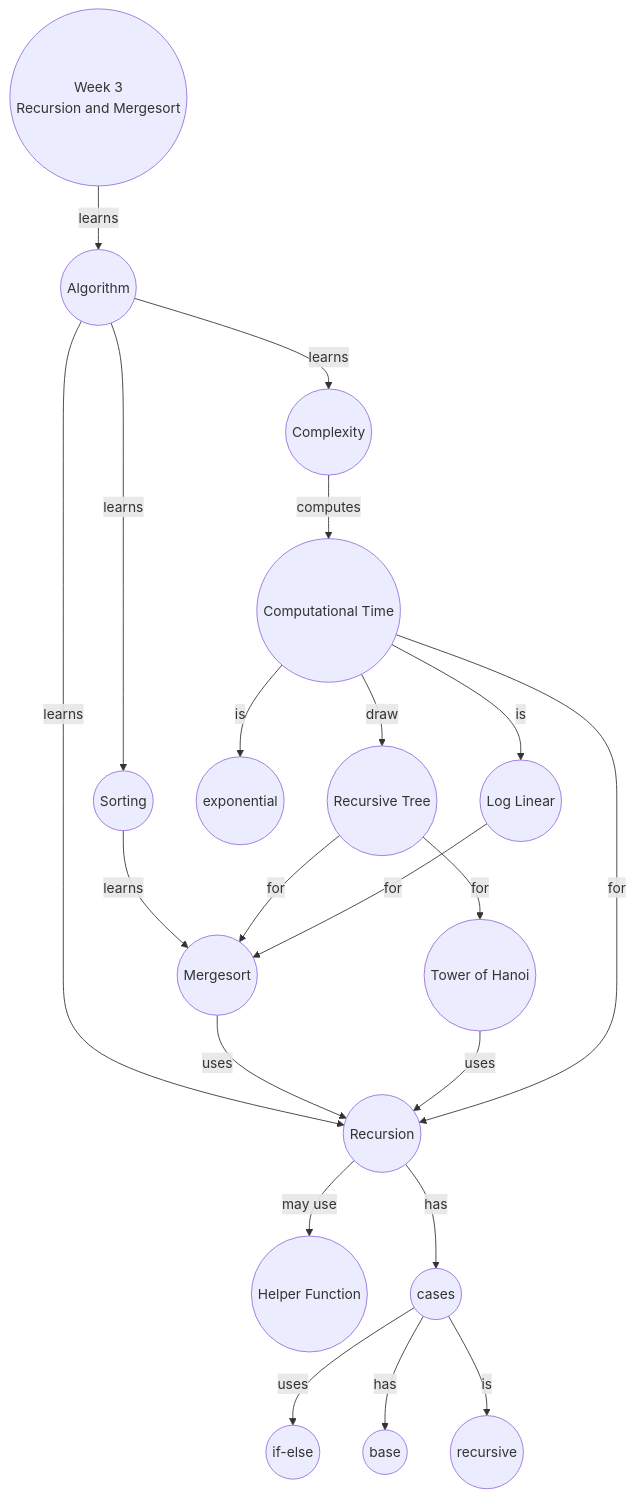
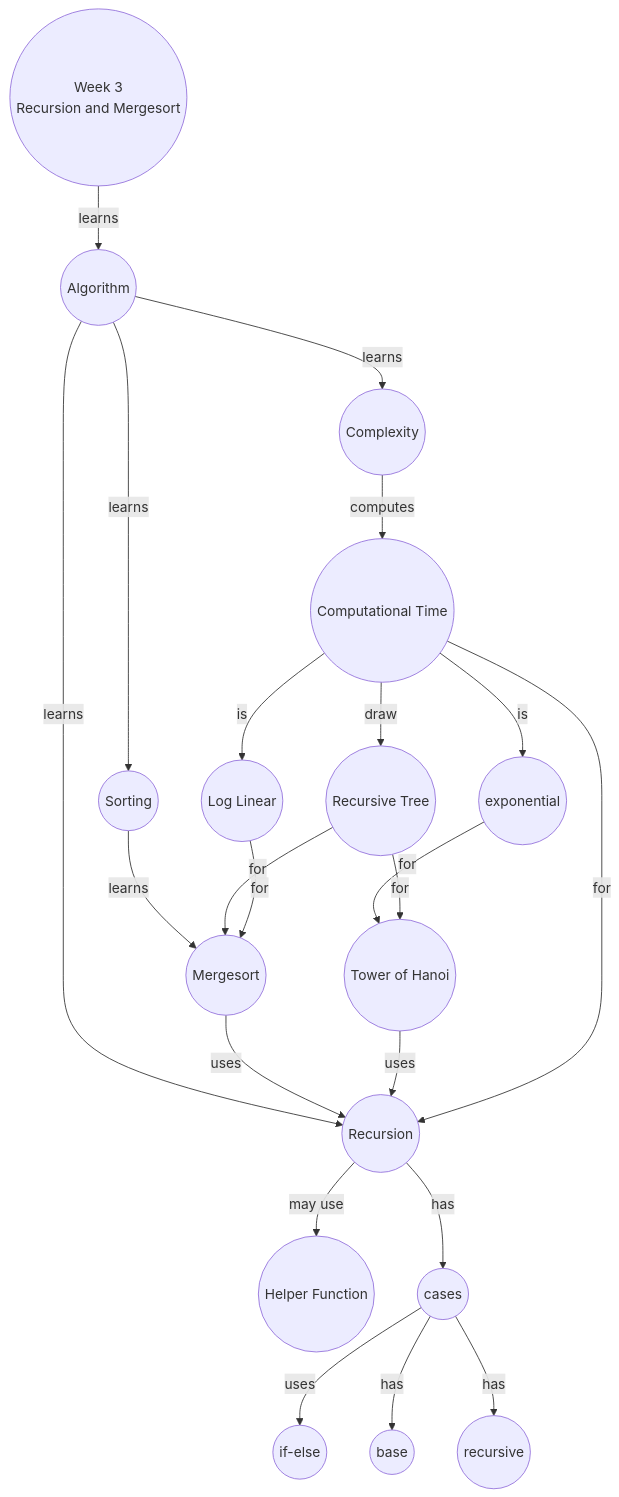
One commit to natalieagus/10020 changed the diagram in learning-objectives/03-divide-conquer.md. Above: the diagram before and after it, drawn with Mermaid. The commit also changed 9 other files, not shown here.

````diff
--- a/learning-objectives/03-divide-conquer.md
+++ b/learning-objectives/03-divide-conquer.md
@@ -19,23 +19,24 @@
 ```mermaid
 flowchart TD
     A((Week 3<br>Recursion and Mergesort)) --> |learns| ALGO((Algorithm))
     ALGO --> |learns| C((Complexity))
     ALGO --> |learns| R((Recursion))
     ALGO --> |learns| S((Sorting))
     C  --> |computes| CT((Computational Time))
     R --> |may use| HF((Helper Function))
     R --> |has| CS((cases))
     S --> |learns| MS((Mergesort))
     CT --> |draw| RT((Recursive Tree))
     CT --> |is| EXP((exponential))
+    EXP --> |for| TOH
     CT --> |is| LL((Log Linear))
     MS --> |uses| R
     CS --> |uses| IE((if-else))
     CS --> |has| BASE((base))
-    CS --> |is| REC((recursive))
+    CS --> |has| REC((recursive))
     RT --> |for| TOH((Tower of Hanoi))
     RT --> |for| MS
     LL --> |for| MS
     TOH --> |uses| R
     CT --> |for| R
 ```
````
